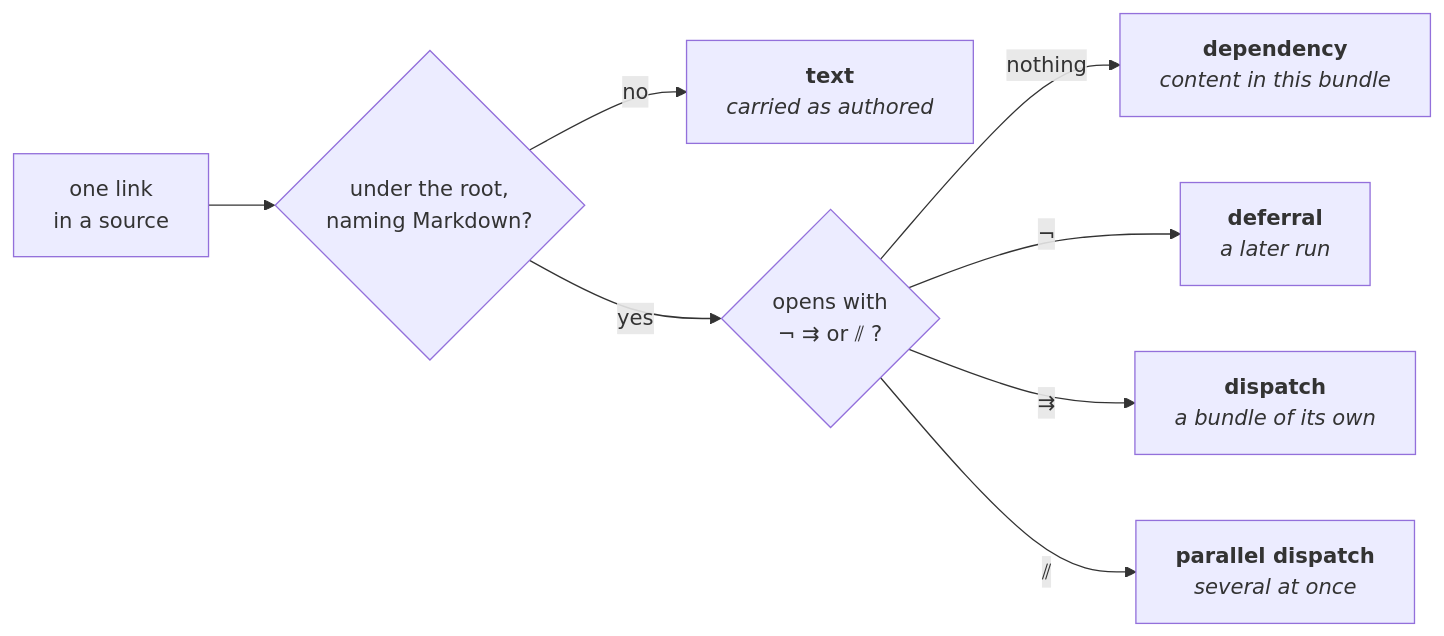
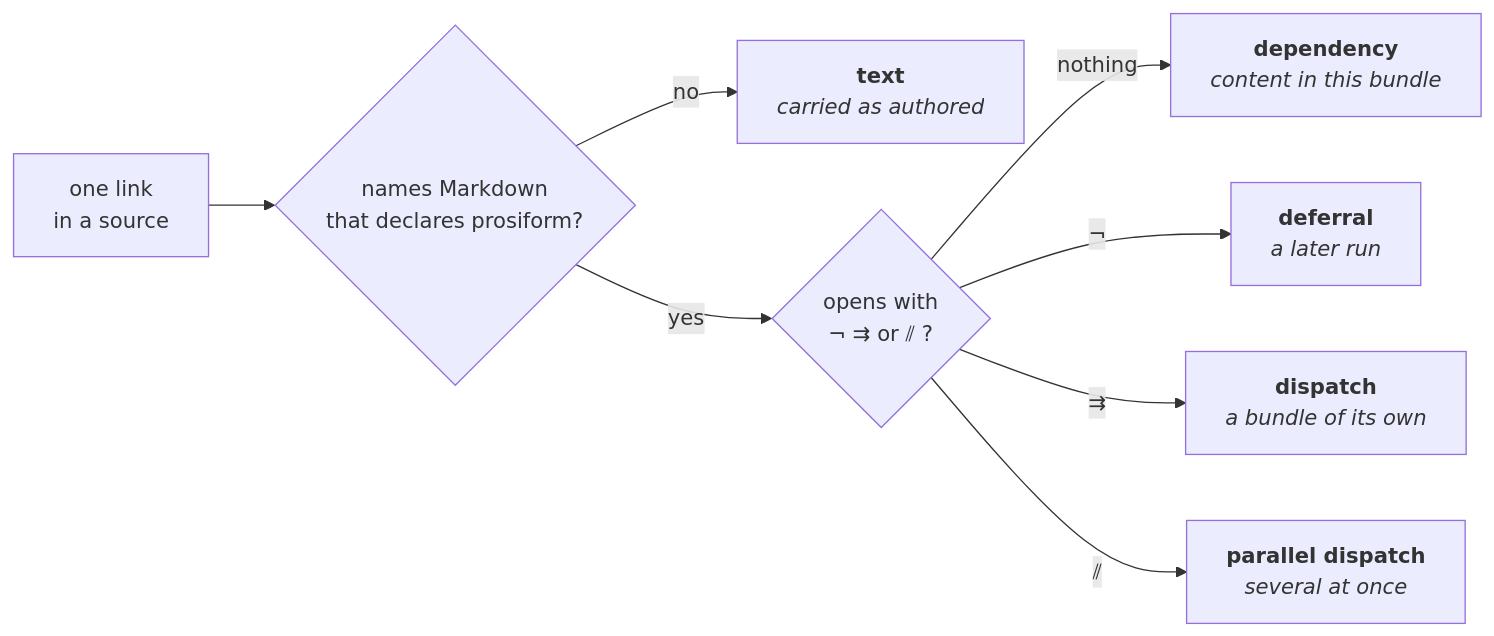
The third of 9 diagrams in docs/architecture.md (m2ux/prosiform), drawn with Mermaid before and after one commit. The commit also changed other lines of this file and 13 other files, not shown here.

````diff
--- a/docs/architecture.md
+++ b/docs/architecture.md
@@ -51,10 +51,10 @@
 ```mermaid
 flowchart LR
-  Link["one link<br/>in a source"] --> Ask{"under the root,<br/>naming Markdown?"}
+  Link["one link<br/>in a source"] --> Ask{"names Markdown<br/>that declares prosiform?"}
   Ask -- "no" --> Text["<b>text</b><br/><i>carried as authored</i>"]
   Ask -- "yes" --> Mark{"opens with<br/>¬ ⇉ or ⫽ ?"}
   Mark -- "nothing" --> Dep["<b>dependency</b><br/><i>content in this bundle</i>"]
   Mark -- "¬" --> Defer["<b>deferral</b><br/><i>a later run</i>"]
   Mark -- "⇉" --> Disp["<b>dispatch</b><br/><i>a bundle of its own</i>"]
   Mark -- "⫽" --> Par["<b>parallel dispatch</b><br/><i>several at once</i>"]
 ```
````
